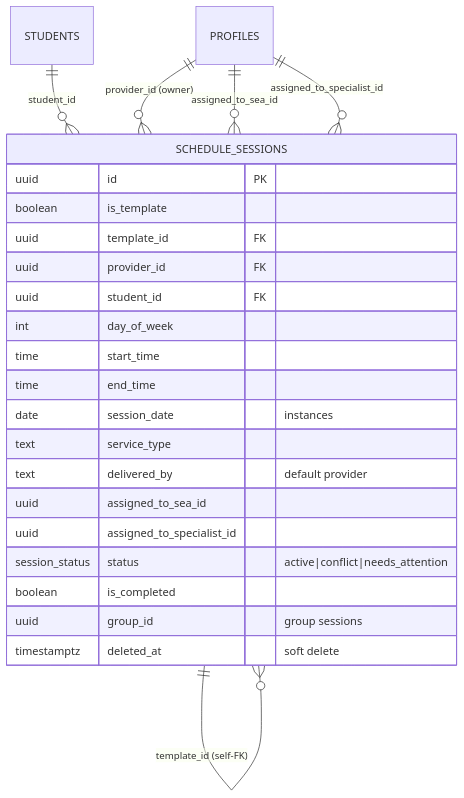
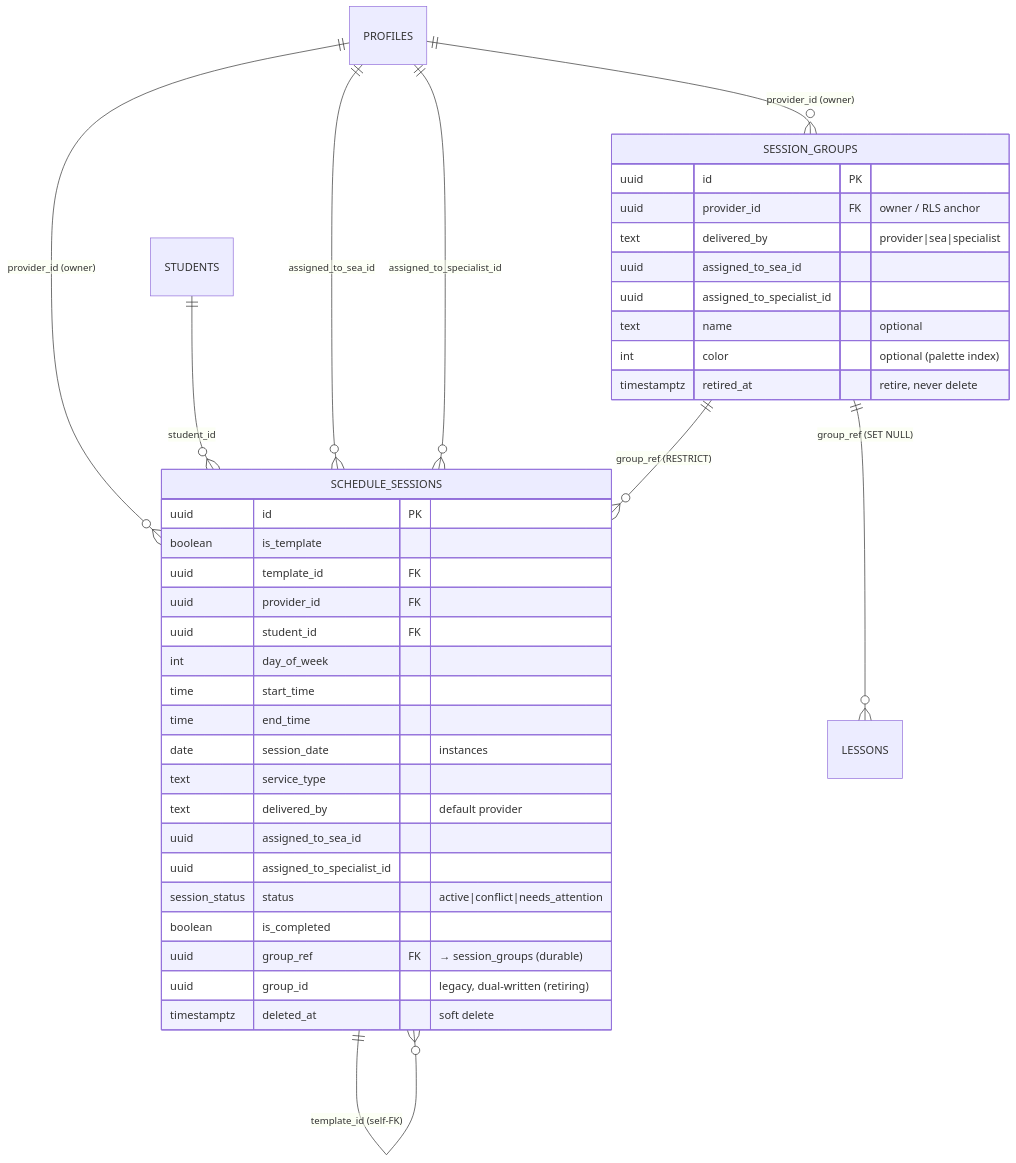
Before and after one commit to bstewart2255/speddy: the sixth of 8 diagrams in docs/ARCHITECTURE.md, drawn with Mermaid. The commit also changed other lines of this file and 7 other files, not shown here.

````diff
--- a/docs/ARCHITECTURE.md
+++ b/docs/ARCHITECTURE.md
@@ -375,28 +375,42 @@
 ```mermaid
 erDiagram
     SCHEDULE_SESSIONS ||--o{ SCHEDULE_SESSIONS : "template_id (self-FK)"
     PROFILES  ||--o{ SCHEDULE_SESSIONS : "provider_id (owner)"
     STUDENTS  ||--o{ SCHEDULE_SESSIONS : "student_id"
     PROFILES  ||--o{ SCHEDULE_SESSIONS : "assigned_to_sea_id"
     PROFILES  ||--o{ SCHEDULE_SESSIONS : "assigned_to_specialist_id"
+    SESSION_GROUPS ||--o{ SCHEDULE_SESSIONS : "group_ref (RESTRICT)"
+    SESSION_GROUPS ||--o{ LESSONS : "group_ref (SET NULL)"
+    PROFILES  ||--o{ SESSION_GROUPS : "provider_id (owner)"
 
     SCHEDULE_SESSIONS {
         uuid id PK
         boolean is_template
         uuid template_id FK
         uuid provider_id FK
         uuid student_id FK
         int day_of_week
         time start_time
         time end_time
         date session_date "instances"
         text service_type
         text delivered_by "default provider"
         uuid assigned_to_sea_id
         uuid assigned_to_specialist_id
         session_status status "active|conflict|needs_attention"
         boolean is_completed
-        uuid group_id "group sessions"
+        uuid group_ref FK "→ session_groups (durable)"
+        uuid group_id "legacy, dual-written (retiring)"
         timestamptz deleted_at "soft delete"
     }
+    SESSION_GROUPS {
+        uuid id PK
+        uuid provider_id FK "owner / RLS anchor"
+        text delivered_by "provider|sea|specialist"
+        uuid assigned_to_sea_id
+        uuid assigned_to_specialist_id
+        text name "optional"
+        int color "optional (palette index)"
+        timestamptz retired_at "retire, never delete"
+    }
 ```
````
